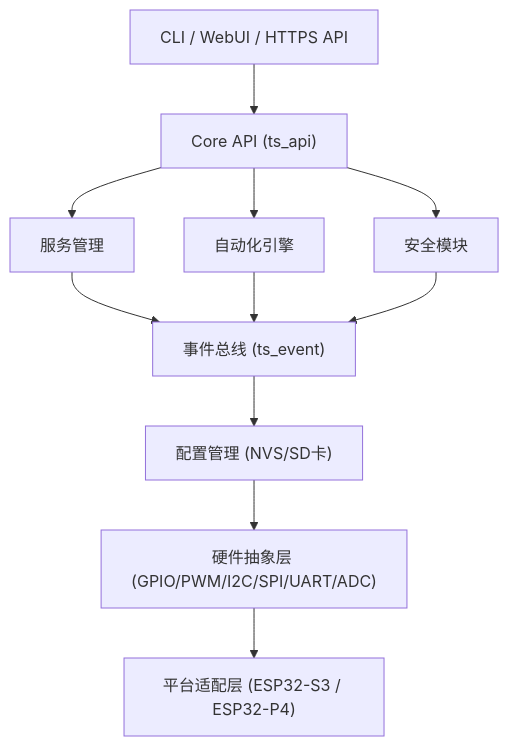
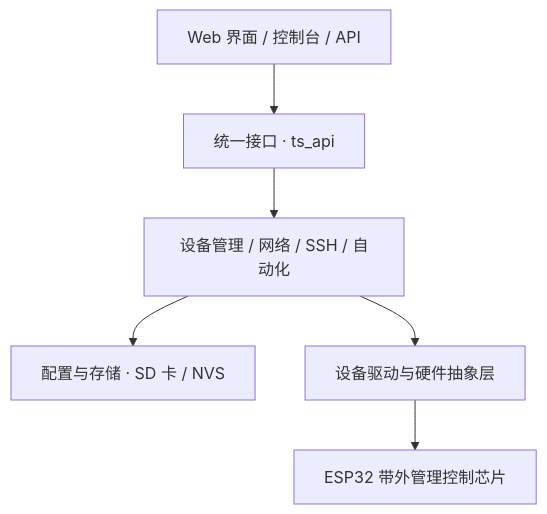
The diagram in README.md (RMinte-AI/TianshanOS), drawn with Mermaid before and after one commit. The commit also changed other lines of this file and 1 other file, not shown here.

````diff
--- a/README.md
+++ b/README.md
@@ -39,9 +38,8 @@
 ```mermaid
 flowchart TB
-    UI["CLI / WebUI / HTTPS API"] --> API["Core API (ts_api)"]
-    API --> S1["服务管理"] & S2["自动化引擎"] & S3["安全模块"]
-    S1 & S2 & S3 --> Event["事件总线 (ts_event)"]
-    Event --> Config["配置管理 (NVS/SD卡)"]
-    Config --> HAL["硬件抽象层 (GPIO/PWM/I2C/SPI/UART/ADC)"]
-    HAL --> Platform["平台适配层 (ESP32-S3 / ESP32-P4)"]
+    UI["Web 界面 / 控制台 / API"] --> API["统一接口 · ts_api"]
+    API --> Services["设备管理 / 网络 / SSH / 自动化"]
+    Services --> Config["配置与存储 · SD 卡 / NVS"]
+    Services --> HAL["设备驱动与硬件抽象层"]
+    HAL --> MCU["ESP32 带外管理控制芯片"]
 ```
````
